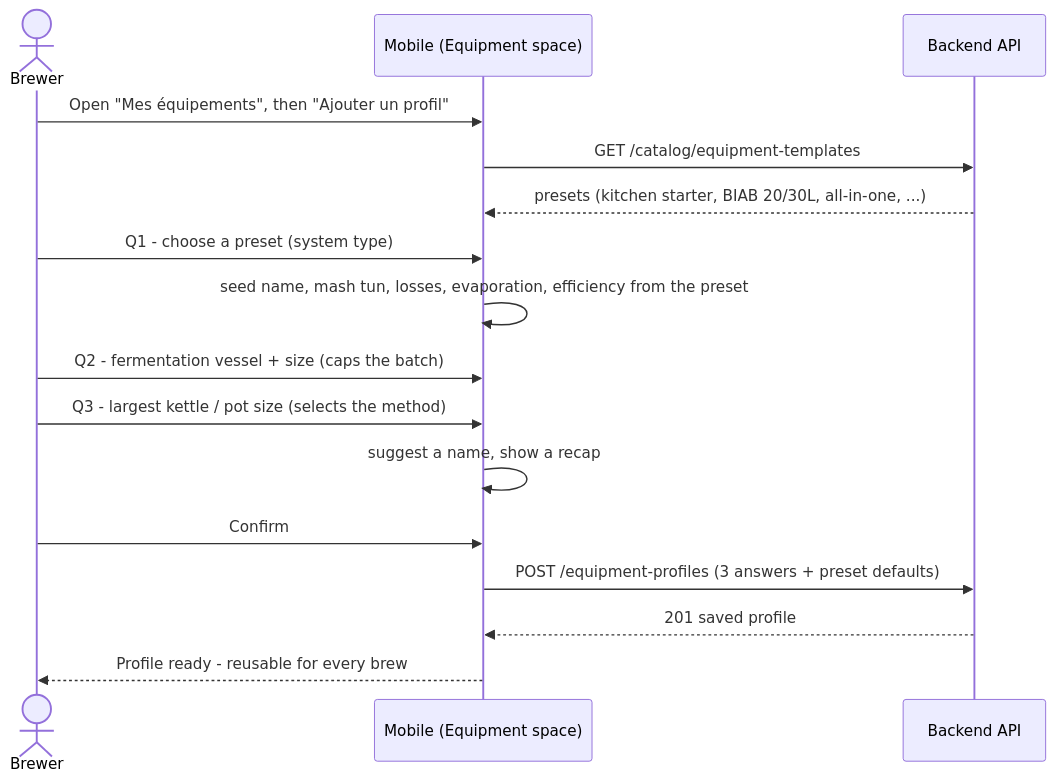
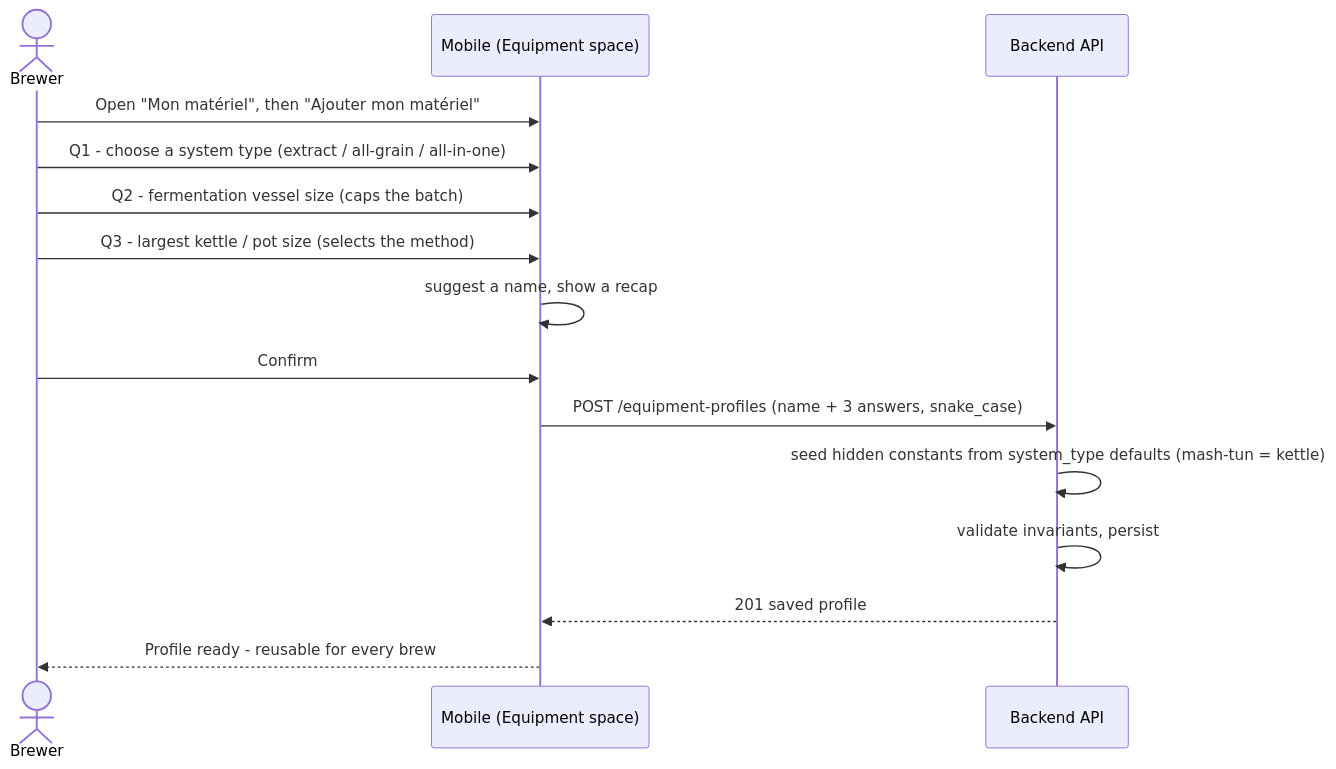
The diagram in docs/architecture/diagrams/equipment-cleaning/02-sequence-equipment-wizard.md (benoit-bremaud/brasse-bouillon), drawn with Mermaid before and after one commit. The commit also changed other lines of this file and 17 other files, not shown here.

First line of the commit message:
feat(equipment): equipment wizard — 3-question profile + server-side defaults (E1) (#1277)

````diff
--- a/docs/architecture/diagrams/equipment-cleaning/02-sequence-equipment-wizard.md
+++ b/docs/architecture/diagrams/equipment-cleaning/02-sequence-equipment-wizard.md
@@ -12,18 +12,17 @@
 ```mermaid
 sequenceDiagram
   actor B as Brewer
   participant M as Mobile (Equipment space)
   participant API as Backend API
-  B->>M: Open "Mes équipements", then "Ajouter un profil"
-  M->>API: GET /catalog/equipment-templates
-  API-->>M: presets (kitchen starter, BIAB 20/30L, all-in-one, ...)
-  B->>M: Q1 - choose a preset (system type)
-  M->>M: seed name, mash tun, losses, evaporation, efficiency from the preset
-  B->>M: Q2 - fermentation vessel + size (caps the batch)
+  B->>M: Open "Mon matériel", then "Ajouter mon matériel"
+  B->>M: Q1 - choose a system type (extract / all-grain / all-in-one)
+  B->>M: Q2 - fermentation vessel size (caps the batch)
   B->>M: Q3 - largest kettle / pot size (selects the method)
   M->>M: suggest a name, show a recap
   B->>M: Confirm
-  M->>API: POST /equipment-profiles (3 answers + preset defaults)
+  M->>API: POST /equipment-profiles (name + 3 answers, snake_case)
+  API->>API: seed hidden constants from system_type defaults (mash-tun = kettle)
+  API->>API: validate invariants, persist
   API-->>M: 201 saved profile
   M-->>B: Profile ready - reusable for every brew
 ```
````
